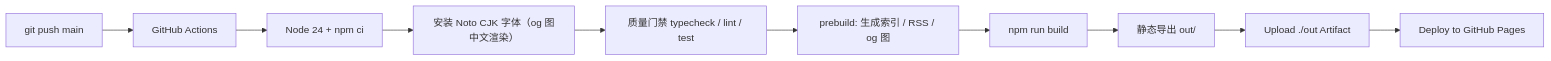
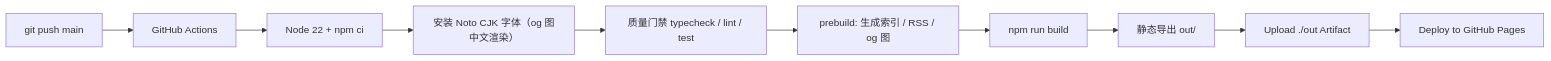
One commit to SanshuiBot/sanshui-blog changed the diagram in README.md. Above: the diagram before and after it, drawn with Mermaid. The commit also changed other lines of this file and 6 other files, not shown here.

````diff
--- a/README.md
+++ b/README.md
@@ -369,12 +369,12 @@
 ```mermaid
 graph LR
   A["git push main"] --> B["GitHub Actions"]
-  B --> C["Node 24 + npm ci"]
+  B --> C["Node 22 + npm ci"]
   C --> C0["安装 Noto CJK 字体（og 图中文渲染）"]
   C0 --> C1["质量门禁 typecheck / lint / test"]
   C1 --> D["prebuild: 生成索引 / RSS / og 图"]
   D --> E["npm run build"]
   E --> F["静态导出 out/"]
   F --> H["Upload ./out Artifact"]
   H --> I["Deploy to GitHub Pages"]
 ```
````
